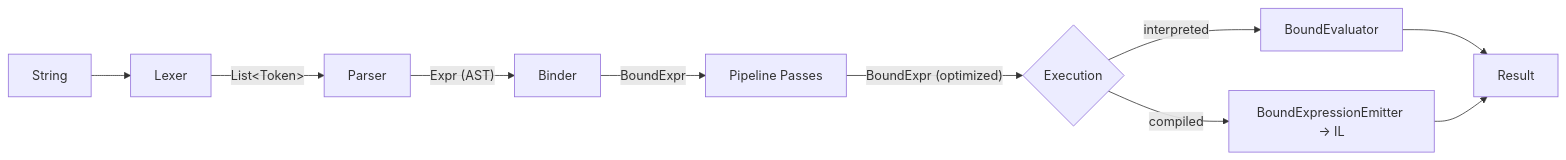
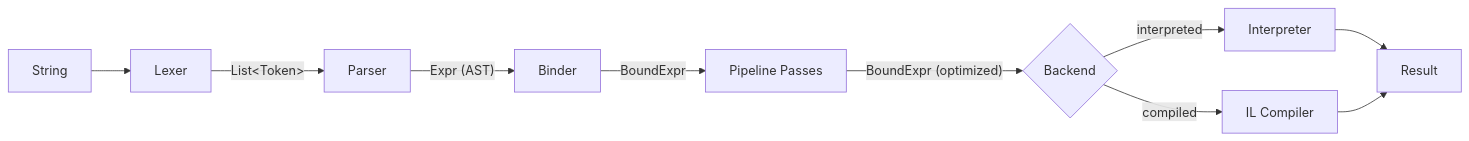
Before and after one commit to MartiSilvio/Alder: the first of 2 diagrams in docs/architecture/pipeline.md, drawn with Mermaid. The commit also changed other lines of this file and 117 other files, not shown here.

````diff
--- a/docs/architecture/pipeline.md
+++ b/docs/architecture/pipeline.md
@@ -10,12 +10,12 @@
 ```mermaid
 graph LR
     S["String"] --> L["Lexer"]
     L -->|"List&lt;Token>"| P["Parser"]
     P -->|"Expr (AST)"| B["Binder"]
     B -->|"BoundExpr"| PP["Pipeline Passes"]
-    PP -->|"BoundExpr (optimized)"| E{"Execution"}
-    E -->|interpreted| I["BoundEvaluator"]
-    E -->|compiled| C["BoundExpressionEmitter → IL"]
+    PP -->|"BoundExpr (optimized)"| E{"Backend"}
+    E -->|interpreted| I["Interpreter"]
+    E -->|compiled| C["IL Compiler"]
     I --> R["Result"]
     C --> R
 ```
````
